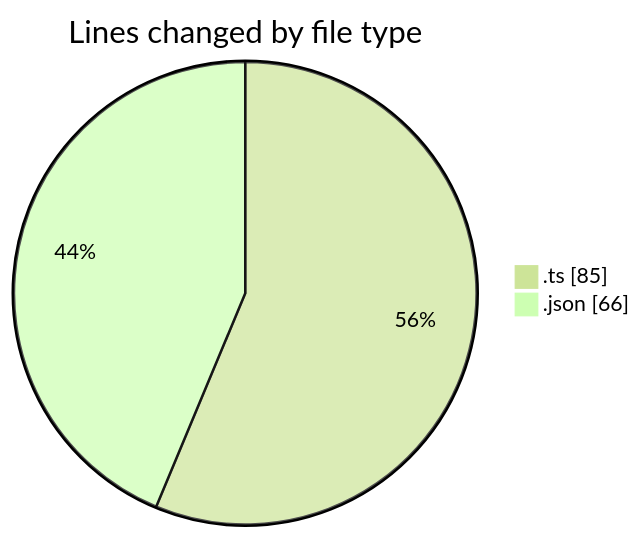
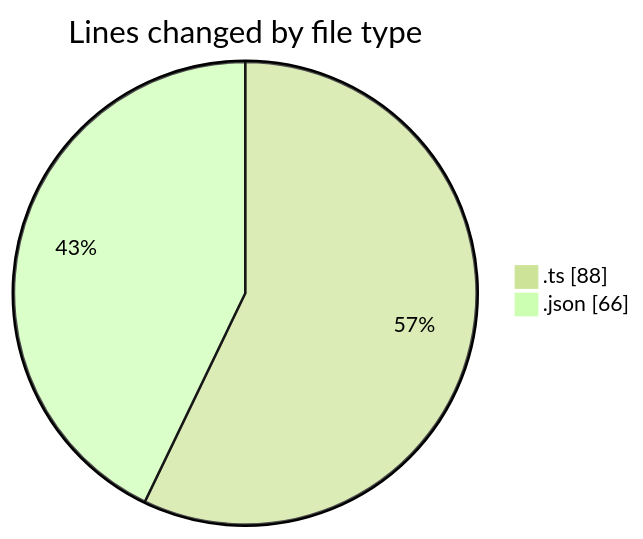
Before and after one commit to tmsrecording-cyber/code-tracking: the first of 2 diagrams in 2026-02-05/singularitybrainai/README.md, drawn with Mermaid (forest theme). The commit also changed other lines of this file and 1 other file, not shown here.

````diff
--- a/2026-02-05/singularitybrainai/README.md
+++ b/2026-02-05/singularitybrainai/README.md
@@ -21,6 +21,6 @@
 ```mermaid
 pie showData
 title Lines changed by file type
-".ts" : 85
+".ts" : 88
 ".json" : 66
 ```
````
